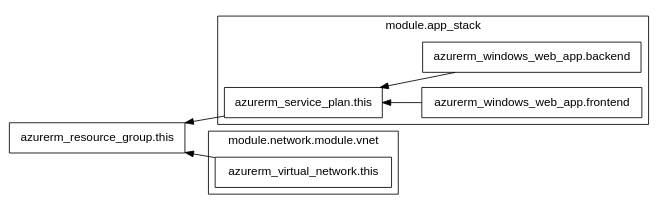
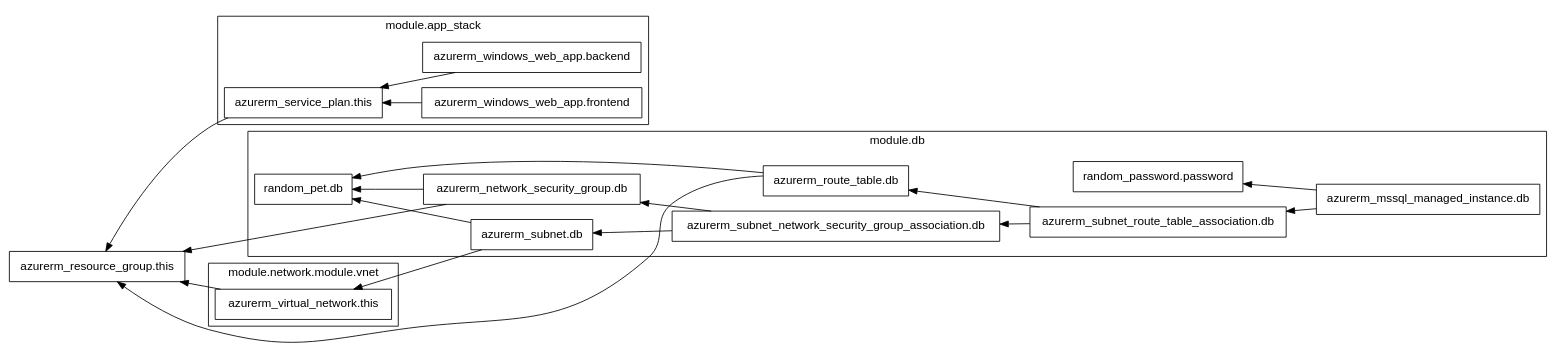
One commit to mconstant/NeuBankv2 changed the diagram in prod_infrastructure.dot. Above: the diagram before and after it, drawn with Graphviz. The commit also changed 2 other files, not shown here.

```diff
--- a/prod_infrastructure.dot
+++ b/prod_infrastructure.dot
@@ -1,21 +1,45 @@
 digraph G {
   rankdir = "RL";
   node [shape = rect, fontname = "sans-serif"];
   "azurerm_resource_group.this" [label="azurerm_resource_group.this"];
   subgraph "cluster_module.app_stack" {
     label = "module.app_stack"
     fontname = "sans-serif"
     "module.app_stack.azurerm_service_plan.this" [label="azurerm_service_plan.this"];
     "module.app_stack.azurerm_windows_web_app.backend" [label="azurerm_windows_web_app.backend"];
     "module.app_stack.azurerm_windows_web_app.frontend" [label="azurerm_windows_web_app.frontend"];
   }
+  subgraph "cluster_module.db" {
+    label = "module.db"
+    fontname = "sans-serif"
+    "module.db.azurerm_mssql_managed_instance.db" [label="azurerm_mssql_managed_instance.db"];
+    "module.db.azurerm_network_security_group.db" [label="azurerm_network_security_group.db"];
+    "module.db.azurerm_route_table.db" [label="azurerm_route_table.db"];
+    "module.db.azurerm_subnet.db" [label="azurerm_subnet.db"];
+    "module.db.azurerm_subnet_network_security_group_association.db" [label="azurerm_subnet_network_security_group_association.db"];
+    "module.db.azurerm_subnet_route_table_association.db" [label="azurerm_subnet_route_table_association.db"];
+    "module.db.random_password.password" [label="random_password.password"];
+    "module.db.random_pet.db" [label="random_pet.db"];
+  }
   subgraph "cluster_module.network.module.vnet" {
     label = "module.network.module.vnet"
     fontname = "sans-serif"
     "module.network.module.vnet.azurerm_virtual_network.this" [label="azurerm_virtual_network.this"];
   }
   "module.app_stack.azurerm_service_plan.this" -> "azurerm_resource_group.this";
   "module.app_stack.azurerm_windows_web_app.backend" -> "module.app_stack.azurerm_service_plan.this";
   "module.app_stack.azurerm_windows_web_app.frontend" -> "module.app_stack.azurerm_service_plan.this";
+  "module.db.azurerm_mssql_managed_instance.db" -> "module.db.azurerm_subnet_route_table_association.db";
+  "module.db.azurerm_mssql_managed_instance.db" -> "module.db.random_password.password";
+  "module.db.azurerm_network_security_group.db" -> "azurerm_resource_group.this";
+  "module.db.azurerm_network_security_group.db" -> "module.db.random_pet.db";
+  "module.db.azurerm_route_table.db" -> "azurerm_resource_group.this";
+  "module.db.azurerm_route_table.db" -> "module.db.random_pet.db";
+  "module.db.azurerm_subnet.db" -> "module.db.random_pet.db";
+  "module.db.azurerm_subnet.db" -> "module.network.module.vnet.azurerm_virtual_network.this";
+  "module.db.azurerm_subnet_network_security_group_association.db" -> "module.db.azurerm_network_security_group.db";
+  "module.db.azurerm_subnet_network_security_group_association.db" -> "module.db.azurerm_subnet.db";
+  "module.db.azurerm_subnet_route_table_association.db" -> "module.db.azurerm_route_table.db";
+  "module.db.azurerm_subnet_route_table_association.db" -> "module.db.azurerm_subnet_network_security_group_association.db";
   "module.network.module.vnet.azurerm_virtual_network.this" -> "azurerm_resource_group.this";
 }
```
